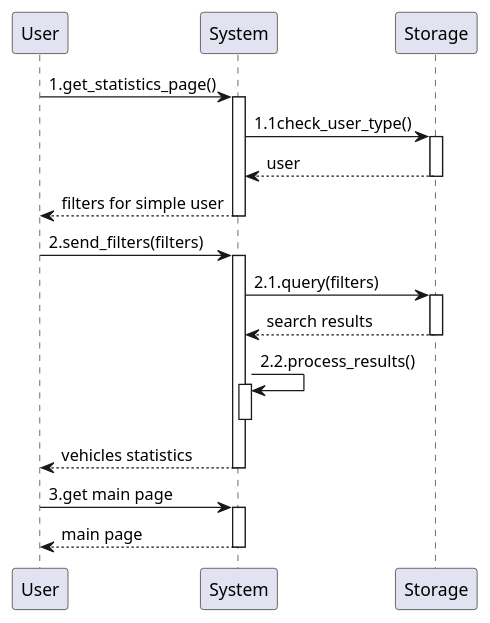
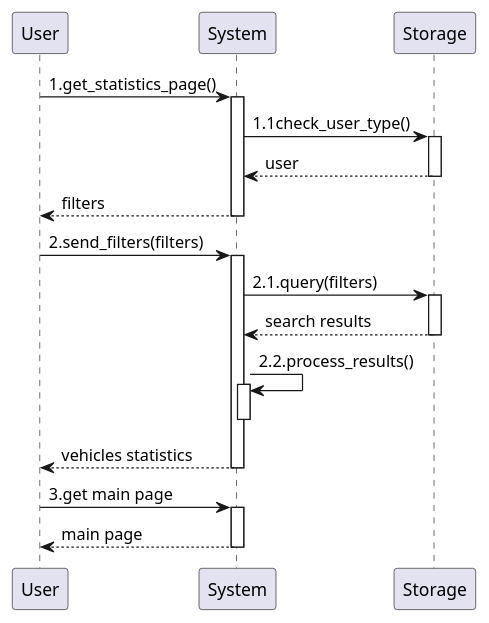
Before and after one commit to GiorgioUghini/SafeStreets: the fifth of 6 diagrams in RASD/materials/uml/useCases/reports.wsd, drawn with PlantUML. The commit also changed other lines of this file and 4 other files, not shown here.

Commit message:
Fix diagrams

```diff
--- a/RASD/materials/uml/useCases/reports.wsd
+++ b/RASD/materials/uml/useCases/reports.wsd
@@ -93,20 +93,20 @@
 @startuml information_mining_vehicle
     participant User as U
     participant System as S
     participant Storage as ST
 
     autoactivate on
 
     U -> S: 1.get_statistics_page()
     S -> ST: 1.1check_user_type()
     return user
-    return filters for simple user
+    return filters
     U -> S: 2.send_filters(filters)
     S -> ST: 2.1.query(filters)
     return search results
     S -> S: 2.2.process_results()
     deactivate S
     return vehicles statistics
     U -> S: 3.get main page
     return main page
 @enduml
```
